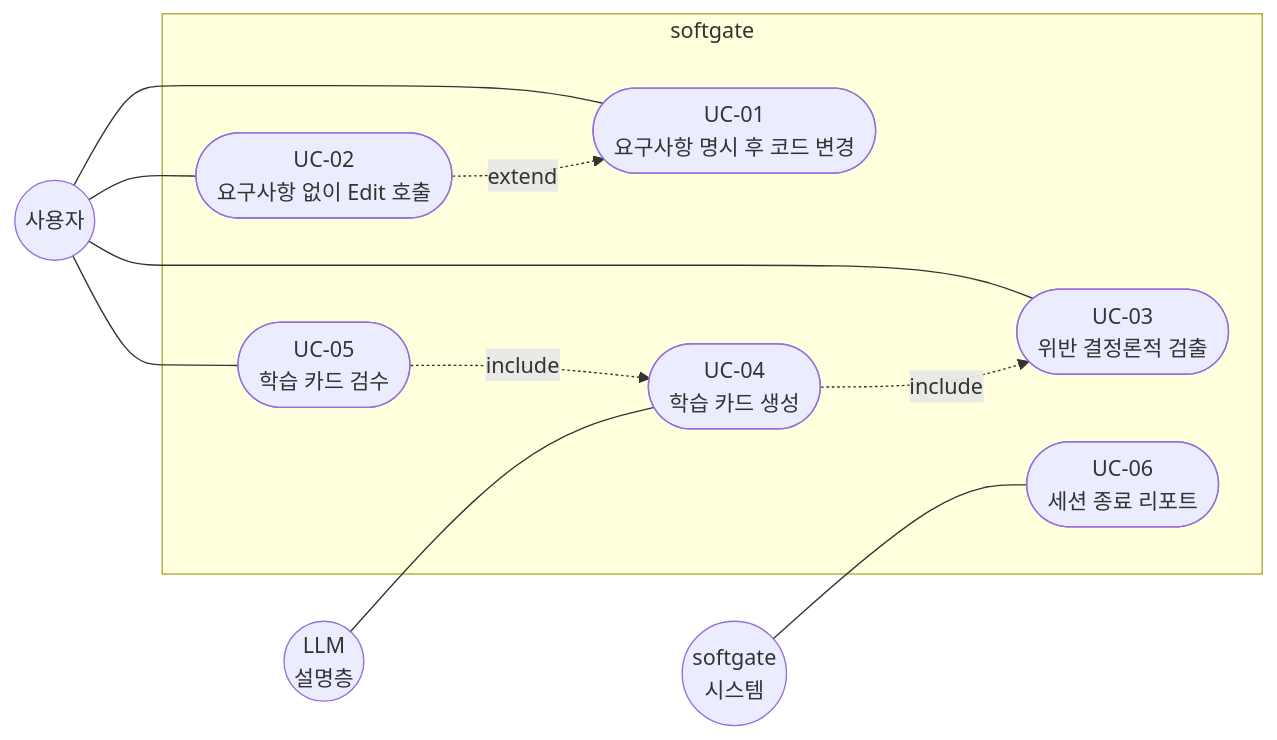
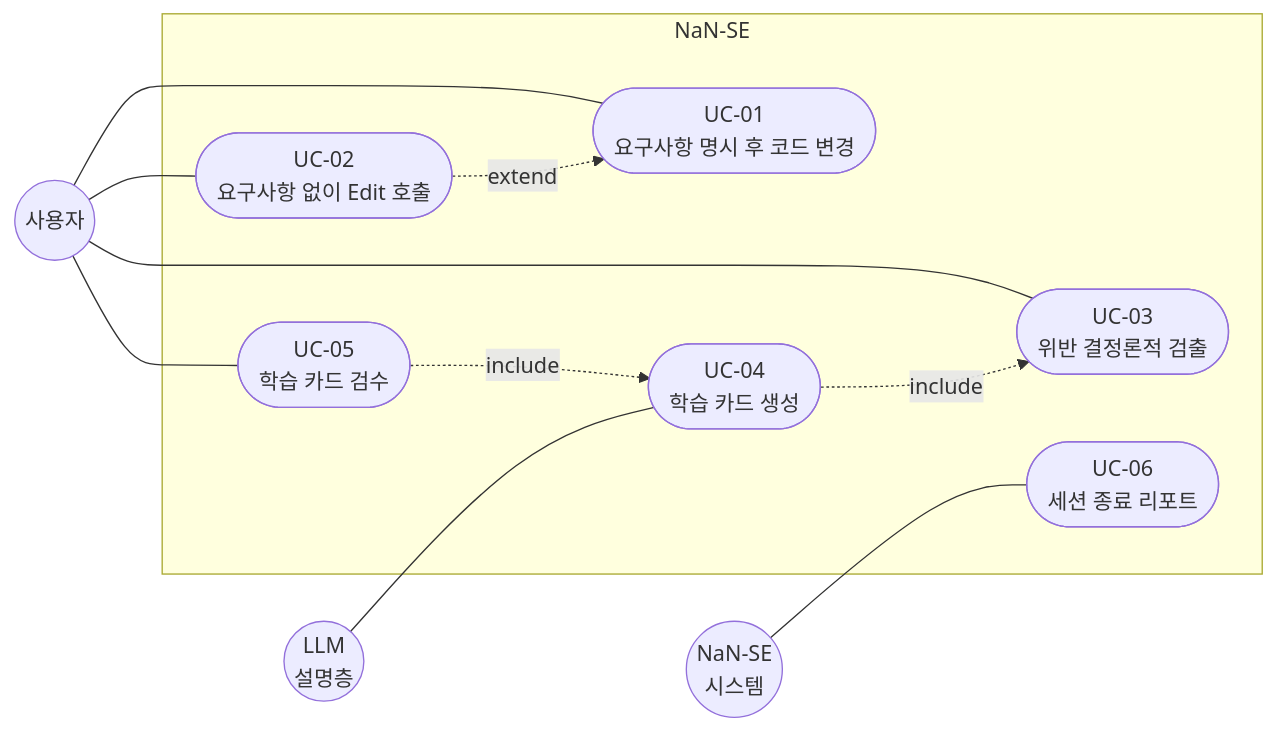
Before and after one commit to YujunOh/NaN-SE: the first of 6 diagrams in docs/REQUIREMENTS.md, drawn with Mermaid. The commit also changed other lines of this file and 58 other files, not shown here.

````diff
--- a/docs/REQUIREMENTS.md
+++ b/docs/REQUIREMENTS.md
@@ -58,26 +58,26 @@
 ```mermaid
 flowchart LR
     User((사용자))
     LLM((LLM<br/>설명층))
-    System((softgate<br/>시스템))
+    System((NaN-SE<br/>시스템))
 
-    subgraph softgate
+    subgraph NaN-SE
         UC01([UC-01<br/>요구사항 명시 후 코드 변경])
         UC02([UC-02<br/>요구사항 없이 Edit 호출])
         UC03([UC-03<br/>위반 결정론적 검출])
         UC04([UC-04<br/>학습 카드 생성])
         UC05([UC-05<br/>학습 카드 검수])
         UC06([UC-06<br/>세션 종료 리포트])
     end
 
     User --- UC01
     User --- UC02
     User --- UC03
     User --- UC05
     LLM --- UC04
     System --- UC06
 
     UC04 -. include .-> UC03
     UC05 -. include .-> UC04
     UC02 -. extend .-> UC01
 ```
````
